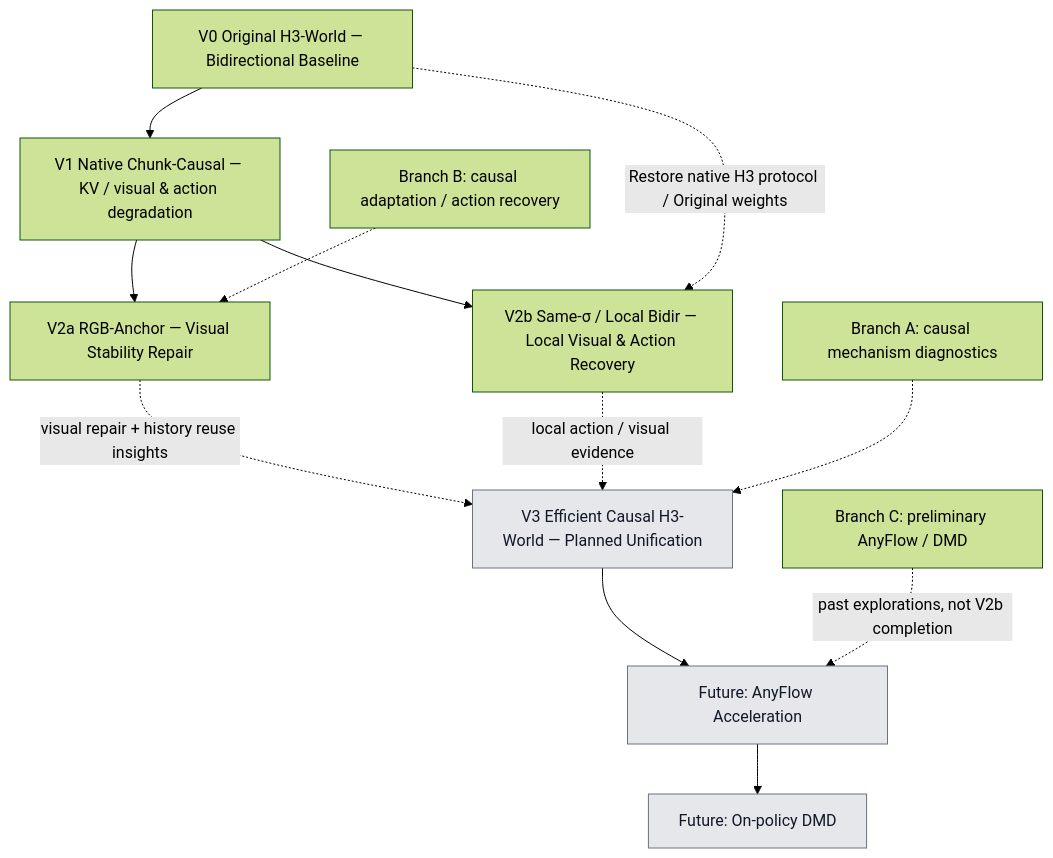
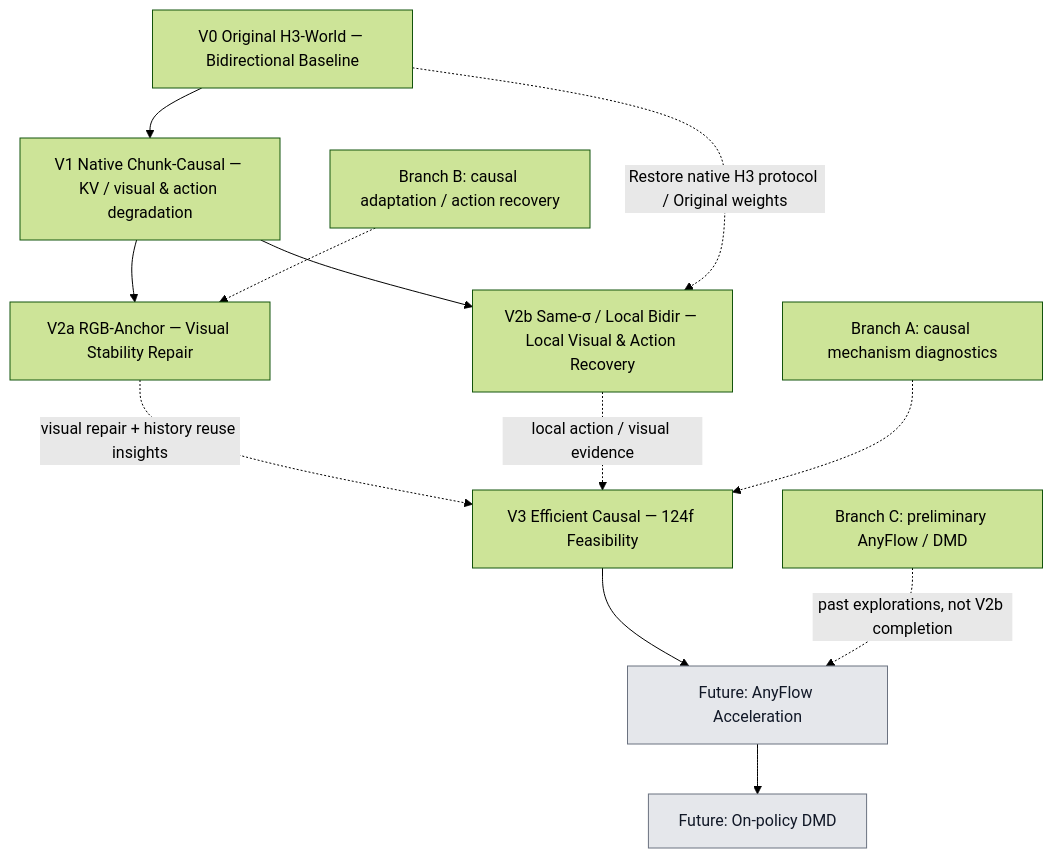
The diagram in report/roadmap.md (alexmqth/H3-SolarWM), drawn with Mermaid (forest theme) before and after one commit. The commit also changed other lines of this file and 72 other files, not shown here.

Commit message:
Release V3 causal KV feasibility with EXP-003 124-frame evidence and limits

````diff
--- a/report/roadmap.md
+++ b/report/roadmap.md
@@ -5,16 +5,16 @@
 ```mermaid
 flowchart TD
     V0["V0 Original H3-World — Bidirectional Baseline"] --> V1["V1 Native Chunk-Causal — KV / visual & action degradation"]
     V1 --> V2a["V2a RGB-Anchor — Visual Stability Repair"]
     V1 --> V2b["V2b Same-σ / Local Bidir — Local Visual & Action Recovery"]
     V0 -. "Restore native H3 protocol / Original weights" .-> V2b
-    V2a -. "visual repair + history reuse insights" .-> V3["V3 Efficient Causal H3-World — Planned Unification"]
+    V2a -. "visual repair + history reuse insights" .-> V3["V3 Efficient Causal — 124f Feasibility"]
     V2b -. "local action / visual evidence" .-> V3
     V3 --> AF["Future: AnyFlow Acceleration"]
     AF --> DMD["Future: On-policy DMD"]
     A["Branch A: causal mechanism diagnostics"] -.-> V3
     B["Branch B: causal adaptation / action recovery"] -.-> V2a
     C["Branch C: preliminary AnyFlow / DMD"] -. "past explorations, not V2b completion" .-> AF
     classDef planned fill:#e5e7eb,stroke:#6b7280,color:#111827
-    class V3,AF,DMD planned
+    class AF,DMD planned
 ```
````
